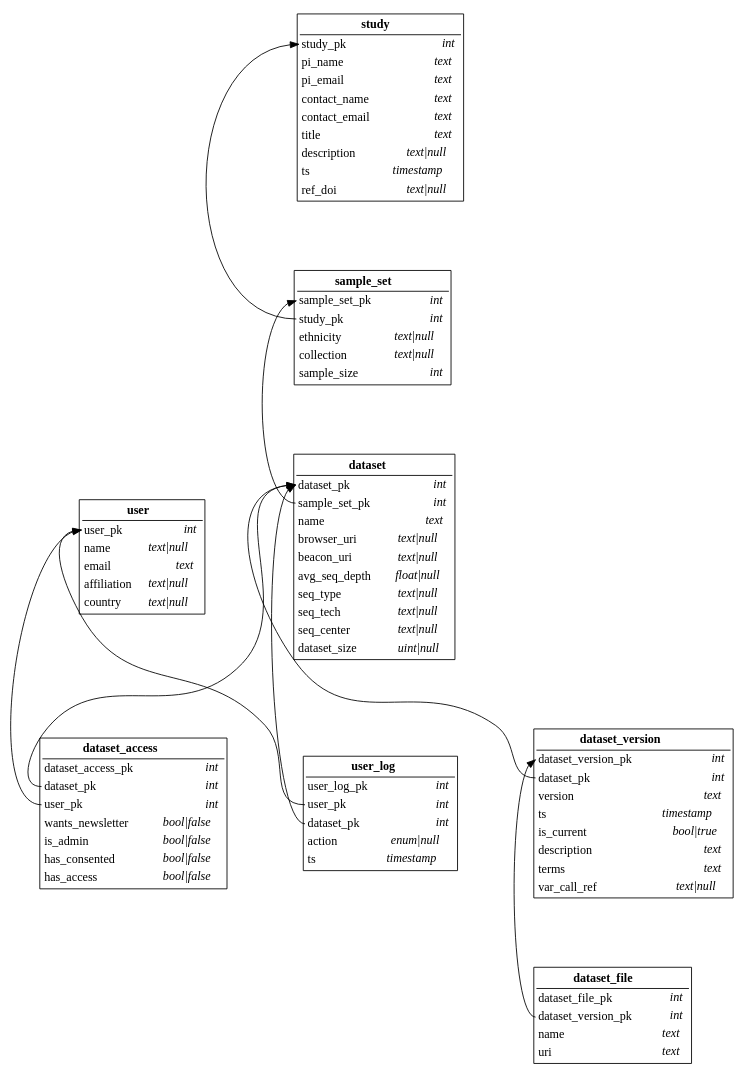
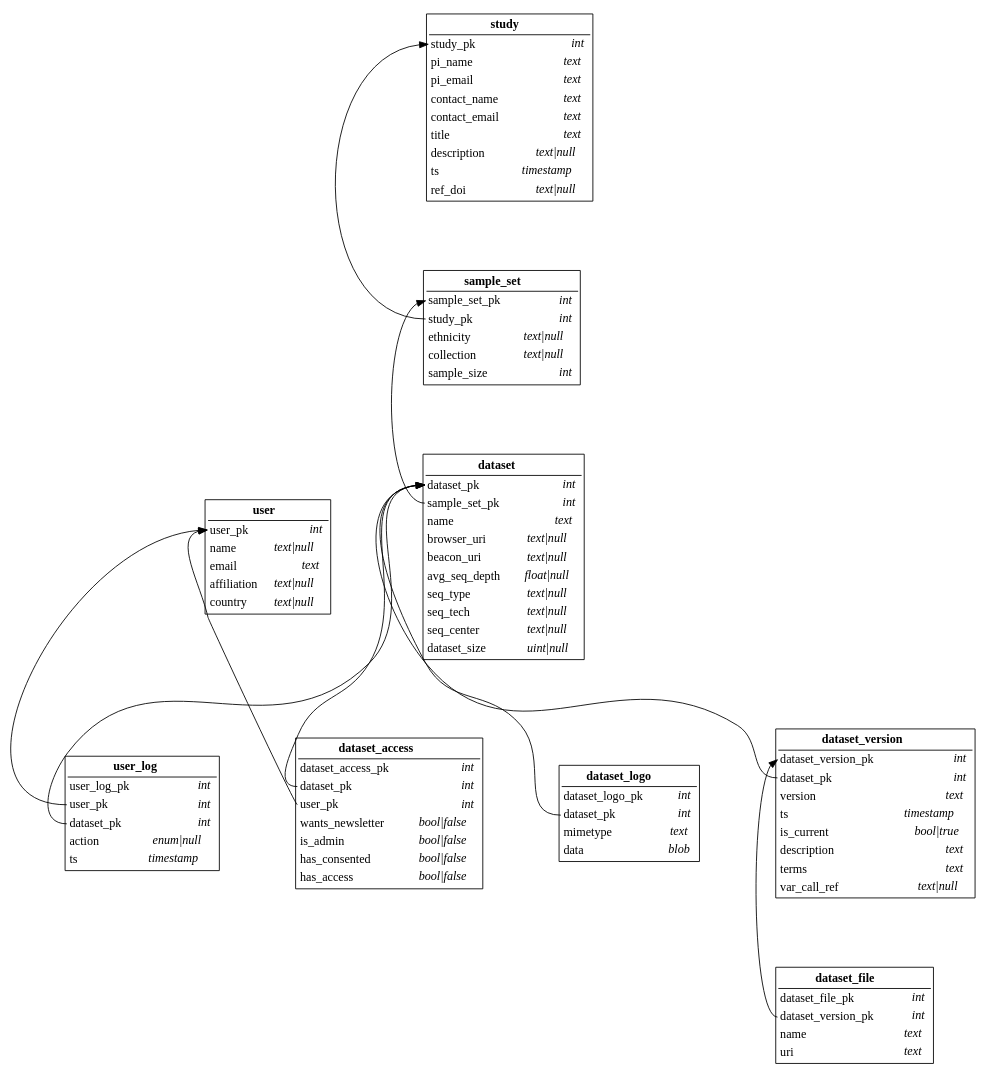
One commit to NBISweden/swefreq changed the diagram in sql/schema.dot. Above: the diagram before and after it, drawn with Graphviz.

Commit message:
Updated schema.dot to inclue dataset_logo

```diff
--- a/sql/schema.dot
+++ b/sql/schema.dot
@@ -1,100 +1,108 @@
 digraph {
     ranksep=1 nodesep=1 rankdir=BT
     node [ shape = none ]
 
         user [ label=<<table border="1" cellborder="0" align="left">
             <tr><td border="1" sides="b" colspan="2"><b>user</b></td></tr>
             <tr><td align="left" port="pk">user_pk</td><td align="right"><i>int</i></td></tr>
             <tr><td align="left">name</td><td align="right"><i>text|null</i></td></tr>
             <tr><td align="left" port="email">email</td><td align="right"><i>text</i></td></tr>
             <tr><td align="left">affiliation</td><td align="right"><i>text|null</i></td></tr>
             <tr><td align="left">country</td><td align="right"><i>text|null</i></td></tr>
             </table>> ];
 
         dataset [ label=<<table border="1" cellborder="0">
             <tr><td border="1" sides="b" colspan="2"><b>dataset</b></td></tr>
             <tr><td align="left" port="pk">dataset_pk</td><td align="right"><i>int</i></td></tr>
             <tr><td align="left" port="sample_set_pk">sample_set_pk</td><td align="right"><i>int</i></td></tr>
             <tr><td align="left">name</td>                <td align="right"><i>text</i></td></tr>
             <tr><td align="left">browser_uri</td>         <td align="right"><i>text|null</i></td></tr>
             <tr><td align="left">beacon_uri</td>          <td align="right"><i>text|null</i></td></tr>
             <tr><td align="left">avg_seq_depth</td>          <td align="right"><i>float|null</i></td></tr>
             <tr><td align="left">seq_type</td>          <td align="right"><i>text|null</i></td></tr>
             <tr><td align="left">seq_tech</td>          <td align="right"><i>text|null</i></td></tr>
             <tr><td align="left">seq_center</td>          <td align="right"><i>text|null</i></td></tr>
             <tr><td align="left">dataset_size</td>          <td align="right"><i>uint|null</i></td></tr>
             </table>> ];
 
         user_log [ label=<<table border="1" cellborder="0">
             <tr><td border="1" sides="b" colspan="2"><b>user_log</b></td></tr>
             <tr><td align="left" port="user_log_pk">user_log_pk</td><td align="right"><i>int</i></td></tr>
             <tr><td align="left" port="user_pk">user_pk</td><td align="right"><i>int</i></td></tr>
             <tr><td align="left" port="dataset">dataset_pk</td><td align="right"><i>int</i></td></tr>
             <tr><td align="left">action</td><td align="right"><i>enum|null</i></td></tr>
             <tr><td align="left">ts</td><td align="right"><i>timestamp</i></td></tr>
             </table>> ];
 
         dataset_access [ label=<<table border="1" cellborder="0">
             <tr><td border="1" sides="b" colspan="2"><b>dataset_access</b></td></tr>
             <tr><td align="left">dataset_access_pk</td><td align="right"><i>int</i></td></tr>
             <tr><td align="left" port="dataset">dataset_pk</td><td align="right"><i>int</i></td></tr>
             <tr><td align="left" port="user">user_pk</td><td align="right"><i>int</i></td></tr>
             <tr><td align="left">wants_newsletter</td><td align="right"><i>bool|false</i></td></tr>
             <tr><td align="left">is_admin</td><td align="right"><i>bool|false</i></td></tr>
             <tr><td align="left">has_consented</td><td align="right"><i>bool|false</i></td></tr>
             <tr><td align="left">has_access</td><td align="right"><i>bool|false</i></td></tr>
             </table>> ];
 
+
+        dataset_logo [ label=<<table border="1" cellborder="0">
+            <tr><td border="1" sides="b" colspan="2"><b>dataset_logo</b></td></tr>
+            <tr><td align="left" port="pk">dataset_logo_pk</td><td align="right"><i>int</i></td></tr>
+            <tr><td align="left" port="dataset">dataset_pk</td><td align="right"><i>int</i></td></tr>
+            <tr><td align="left">mimetype</td><td align="right"><i>text</i></td></tr>
+            <tr><td align="left">data</td><td align="right"><i>blob</i></td></tr>
+            </table>> ];
 
         dataset_version [ label=<<table border="1" cellborder="0">
             <tr><td border="1" sides="b" colspan="2"><b>dataset_version</b></td></tr>
             <tr><td align="left" port="pk">dataset_version_pk</td><td align="right"><i>int</i></td></tr>
             <tr><td align="left" port="dataset">dataset_pk</td><td align="right"><i>int</i></td></tr>
             <tr><td align="left">version</td><td align="right"><i>text</i></td></tr>
             <tr><td align="left">ts</td><td align="right"><i>timestamp</i></td></tr>
             <tr><td align="left">is_current</td><td align="right"><i>bool|true</i></td></tr>
             <tr><td align="left">description</td><td align="right"><i>text</i></td></tr>
             <tr><td align="left">terms</td><td align="right"><i>text</i></td></tr>
             <tr><td align="left">var_call_ref</td><td align="right"><i>text|null</i></td></tr>
             </table>> ];
 
         dataset_file [ label=<<table border="1" cellborder="0">
             <tr><td border="1" sides="b" colspan="2"><b>dataset_file</b></td></tr>
             <tr><td align="left" port="pk">dataset_file_pk</td><td align="right"><i>int</i></td></tr>
             <tr><td align="left" port="dv">dataset_version_pk</td><td align="right"><i>int</i></td></tr>
             <tr><td align="left">name</td><td align="right"><i>text</i></td></tr>
             <tr><td align="left">uri</td><td align="right"><i>text</i></td></tr>
             </table>> ];
 
         study [ label=<<table border="1" cellborder="0">
             <tr><td border="1" sides="b" colspan="2"><b>study</b></td></tr>
             <tr><td align="left" port="pk">study_pk</td><td align="right"><i>int</i></td></tr>
             <tr><td align="left">pi_name</td><td align="right"><i>text</i></td></tr>
             <tr><td align="left">pi_email</td><td align="right"><i>text</i></td></tr>
             <tr><td align="left">contact_name</td><td align="right"><i>text</i></td></tr>
             <tr><td align="left">contact_email</td><td align="right"><i>text</i></td></tr>
             <tr><td align="left">title</td><td align="right"><i>text</i></td></tr>
             <tr><td align="left">description</td><td align="right"><i>text|null</i></td></tr>
             <tr><td align="left">ts</td><td align="right"><i>timestamp</i></td></tr>
             <tr><td align="left">ref_doi</td><td align="right"><i>text|null</i></td></tr>
             </table>> ];
 
         sample_set [ label=<<table border="1" cellborder="0">
             <tr><td border="1" sides="b" colspan="2"><b>sample_set</b></td></tr>
             <tr><td align="left" port="pk">sample_set_pk</td><td align="right"><i>int</i></td></tr>
             <tr><td align="left" port="study_pk">study_pk</td><td align="right"><i>int</i></td></tr>
             <tr><td align="left">ethnicity</td><td align="right"><i>text|null</i></td></tr>
             <tr><td align="left">collection</td><td align="right"><i>text|null</i></td></tr>
             <tr><td align="left">sample_size</td><td align="right"><i>int</i></td></tr>
             </table>> ];
 
         sample_set:study_pk -> study:pk;
         dataset:sample_set_pk -> sample_set:pk;
         user_log:user_pk -> user:pk;
         dataset_access:user -> user:pk
         dataset_access:dataset -> dataset:pk
         dataset_version:dataset -> dataset:pk
         dataset_file:dv -> dataset_version:pk
         user_log:dataset -> dataset:pk
-
+        dataset_logo:dataset -> dataset:pk
 }
```
